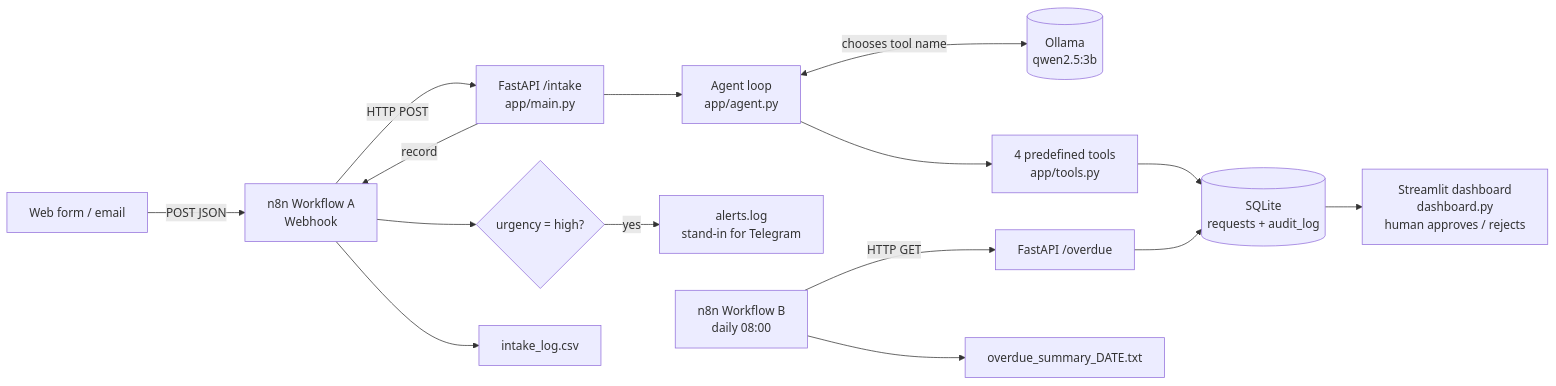
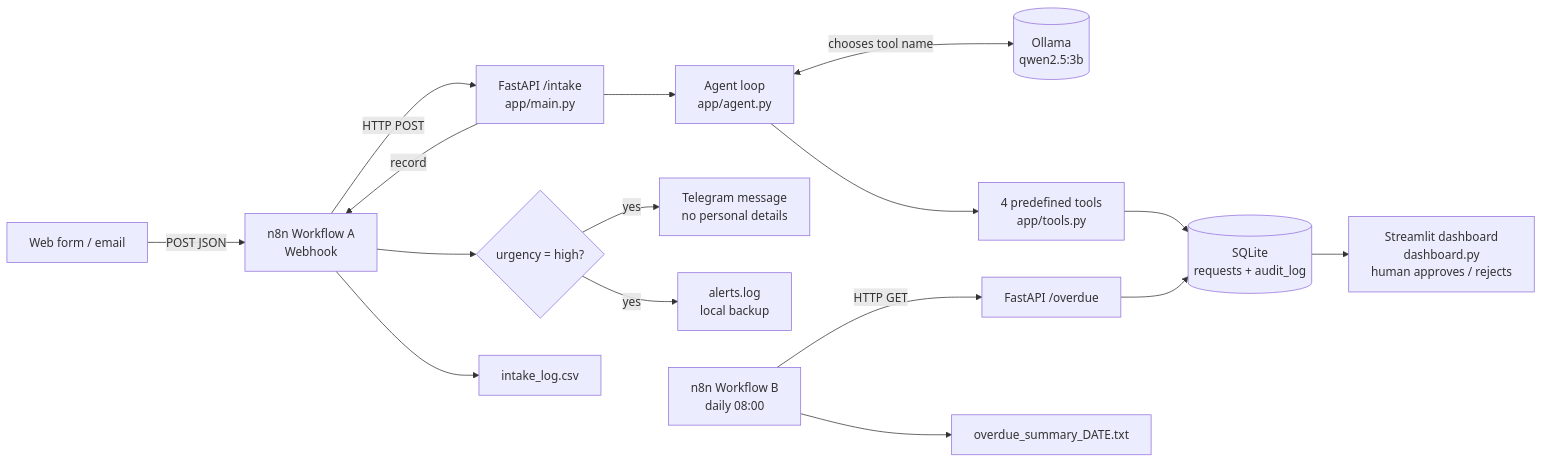
Before and after one commit to LomadaDharmateja/homecare-demo: the diagram in EXPLAINER.md, drawn with Mermaid. The commit also changed other lines of this file and 2 other files, not shown here.

First line of the commit message:
Add Telegram alert for high-urgency requests

````diff
--- a/EXPLAINER.md
+++ b/EXPLAINER.md
@@ -16,17 +16,18 @@
 ```mermaid
 flowchart LR
     F[Web form / email] -->|POST JSON| W[n8n Workflow A<br/>Webhook]
     W -->|HTTP POST| API[FastAPI /intake<br/>app/main.py]
     API --> AG[Agent loop<br/>app/agent.py]
     AG <-->|chooses tool name| LLM[(Ollama<br/>qwen2.5:3b)]
     AG --> T[4 predefined tools<br/>app/tools.py]
     T --> DB[(SQLite<br/>requests + audit_log)]
     DB --> D[Streamlit dashboard<br/>dashboard.py<br/>human approves / rejects]
     API -->|record| W
     W --> IF{urgency = high?}
-    IF -->|yes| AL[alerts.log<br/>stand-in for Telegram]
+    IF -->|yes| TG[Telegram message<br/>no personal details]
+    IF -->|yes| AL[alerts.log<br/>local backup]
     W --> CSV[intake_log.csv]
     S[n8n Workflow B<br/>daily 08:00] -->|HTTP GET| OD[FastAPI /overdue]
     OD --> DB
     S --> SUM[overdue_summary_DATE.txt]
 ```
````
